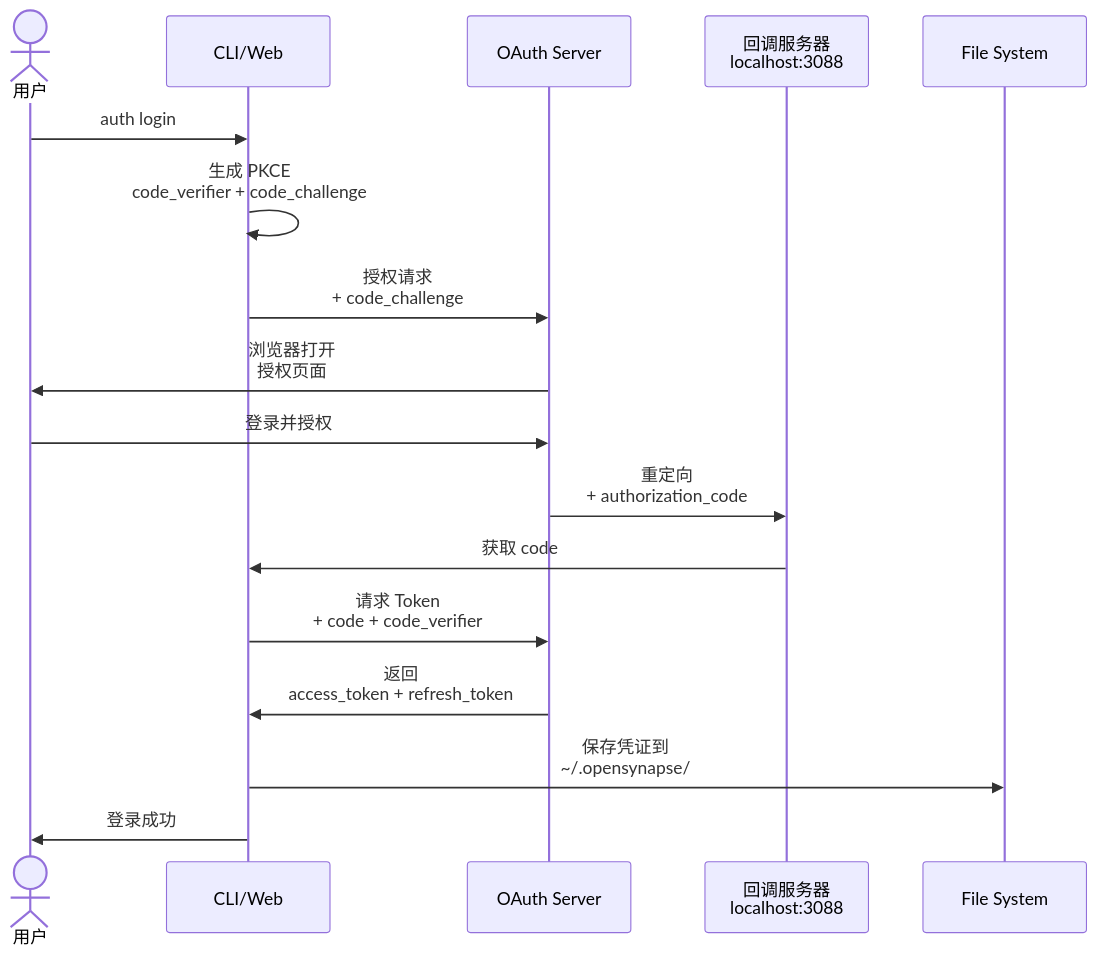
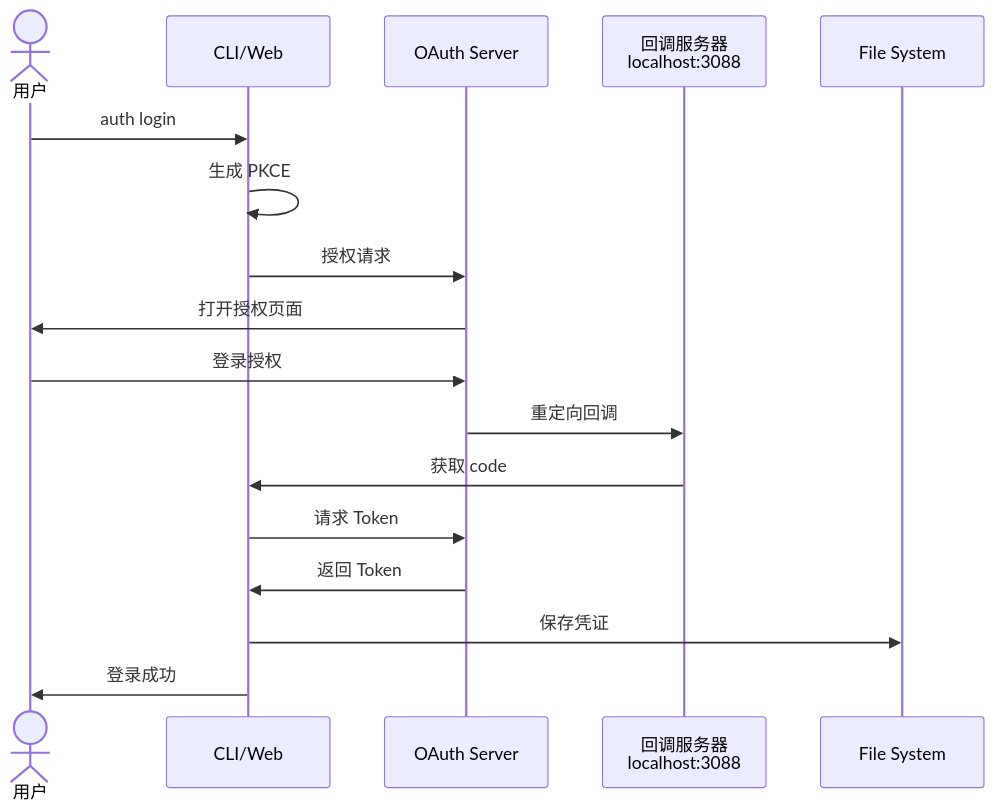
Before and after one commit to JesstLe/OpenSynapse: the second of 3 diagrams in README.md, drawn with Mermaid. The commit also changed other lines of this file, not shown here.

````diff
--- a/README.md
+++ b/README.md
@@ -314,20 +286,20 @@
 ```mermaid
 sequenceDiagram
     actor U as 用户
     participant CLI as CLI/Web
     participant OAuth as OAuth Server
     participant CB as 回调服务器<br/>localhost:3088
     participant FS as File System
     
     U->>CLI: auth login
-    CLI->>CLI: 生成 PKCE<br/>code_verifier + code_challenge
-    CLI->>OAuth: 授权请求<br/>+ code_challenge
-    OAuth->>U: 浏览器打开<br/>授权页面
-    U->>OAuth: 登录并授权
-    OAuth->>CB: 重定向<br/>+ authorization_code
+    CLI->>CLI: 生成 PKCE
+    CLI->>OAuth: 授权请求
+    OAuth->>U: 打开授权页面
+    U->>OAuth: 登录授权
+    OAuth->>CB: 重定向回调
     CB->>CLI: 获取 code
-    CLI->>OAuth: 请求 Token<br/>+ code + code_verifier
-    OAuth->>CLI: 返回<br/>access_token + refresh_token
-    CLI->>FS: 保存凭证到<br/>~/.opensynapse/
+    CLI->>OAuth: 请求 Token
+    OAuth->>CLI: 返回 Token
+    CLI->>FS: 保存凭证
     CLI->>U: 登录成功
 ```
````
